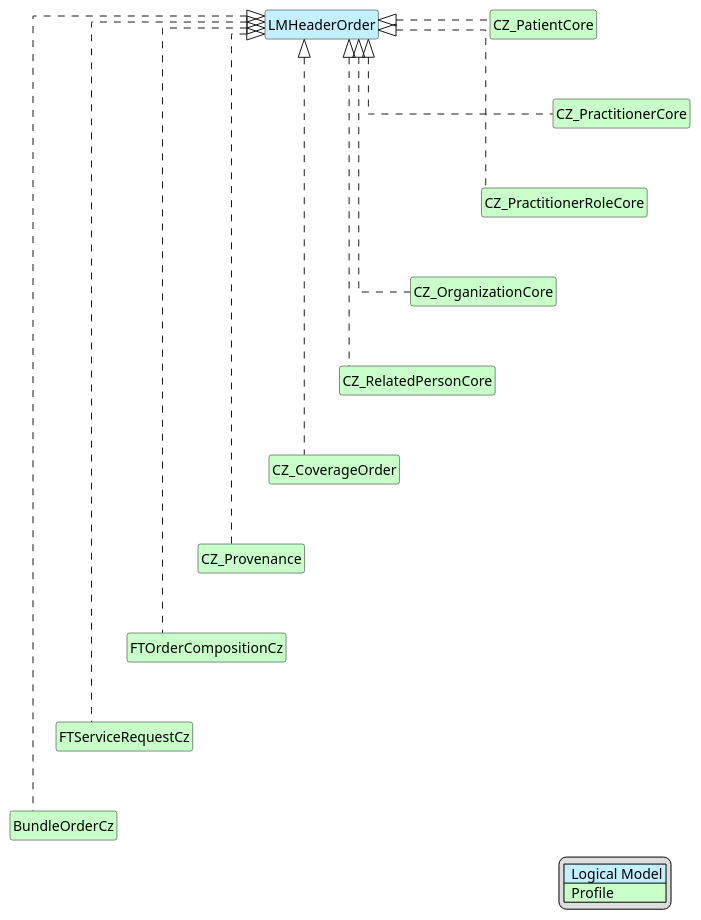
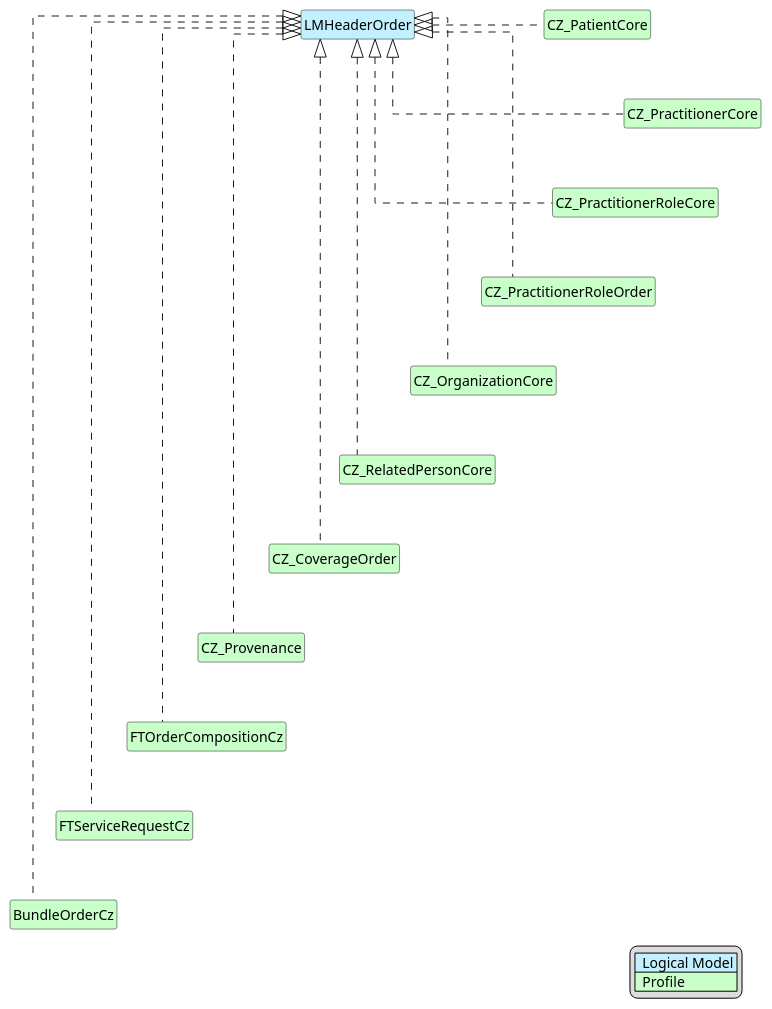
One commit to HL7-cz/k-order changed the diagram in input/images-source/FT-Header-map.plantuml. Above: the diagram before and after it, drawn with PlantUML. The commit also changed 67 other files, not shown here.

```diff
--- a/input/images-source/FT-Header-map.plantuml
+++ b/input/images-source/FT-Header-map.plantuml
@@ -1,46 +1,49 @@
 @startuml
 ' Generated by scripts/sync-header-mapping.py
 hide circle
 hide stereotype
 hide members
 hide methods
 skinparam linetype ortho
 skinparam class {
 BackgroundColor<<LogicalModel>> #APPLICATION
 BackgroundColor<<Profile>> #TECHNOLOGY
 }
 legend right
 | <#APPLICATION>  Logical Model |
 | <#TECHNOLOGY>  Profile |
 endlegend
 class "LMHeaderOrder" as Header <<LogicalModel>> [[StructureDefinition-LMHeaderOrder.html]]
 class "CZ_PatientCore" as Target0 <<Profile>> [[https://hl7.cz/fhir/core/StructureDefinition-cz-patient-core.html]]
 Header <|. Target0
 class "CZ_PractitionerCore" as Target1 <<Profile>> [[https://hl7.cz/fhir/core/StructureDefinition-cz-practitioner-core.html]]
 Header <|. Target1
 Target0 -d[hidden]-> Target1
 class "CZ_PractitionerRoleCore" as Target2 <<Profile>> [[https://hl7.cz/fhir/core/StructureDefinition-cz-practitionerrole-core.html]]
 Header <|. Target2
 Target1 -d[hidden]-> Target2
-class "CZ_OrganizationCore" as Target3 <<Profile>> [[https://hl7.cz/fhir/core/StructureDefinition-cz-organization-core.html]]
+class "CZ_PractitionerRoleOrder" as Target3 <<Profile>> [[https://hl7.cz/fhir/core/StructureDefinition-practitionerrole-cz-order.html]]
 Header <|. Target3
 Target2 -d[hidden]-> Target3
-class "CZ_RelatedPersonCore" as Target4 <<Profile>> [[https://hl7.cz/fhir/core/StructureDefinition-cz-relatedPerson-core.html]]
+class "CZ_OrganizationCore" as Target4 <<Profile>> [[https://hl7.cz/fhir/core/StructureDefinition-cz-organization-core.html]]
 Header <|. Target4
 Target3 -d[hidden]-> Target4
-class "CZ_CoverageOrder" as Target5 <<Profile>> [[StructureDefinition-cz-coverage-order.html]]
+class "CZ_RelatedPersonCore" as Target5 <<Profile>> [[https://hl7.cz/fhir/core/StructureDefinition-cz-relatedPerson-core.html]]
 Header <|. Target5
 Target4 -d[hidden]-> Target5
-class "CZ_Provenance" as Target6 <<Profile>> [[https://hl7.cz/fhir/core/StructureDefinition-cz-provenance.html]]
+class "CZ_CoverageOrder" as Target6 <<Profile>> [[StructureDefinition-cz-coverage-order.html]]
 Header <|. Target6
 Target5 -d[hidden]-> Target6
-class "FTOrderCompositionCz" as Target7 <<Profile>> [[StructureDefinition-FTOrderCompositionCz.html]]
+class "CZ_Provenance" as Target7 <<Profile>> [[https://hl7.cz/fhir/core/StructureDefinition-cz-provenance.html]]
 Header <|. Target7
 Target6 -d[hidden]-> Target7
-class "FTServiceRequestCz" as Target8 <<Profile>> [[StructureDefinition-FTServiceRequestCz.html]]
+class "FTOrderCompositionCz" as Target8 <<Profile>> [[StructureDefinition-ft-order-composition-cz.html]]
 Header <|. Target8
 Target7 -d[hidden]-> Target8
-class "BundleOrderCz" as Target9 <<Profile>> [[StructureDefinition-BundleOrderCz.html]]
+class "FTServiceRequestCz" as Target9 <<Profile>> [[StructureDefinition-FTServiceRequestCz.html]]
 Header <|. Target9
 Target8 -d[hidden]-> Target9
+class "BundleOrderCz" as Target10 <<Profile>> [[StructureDefinition-BundleOrderCz.html]]
+Header <|. Target10
+Target9 -d[hidden]-> Target10
 @enduml
```
